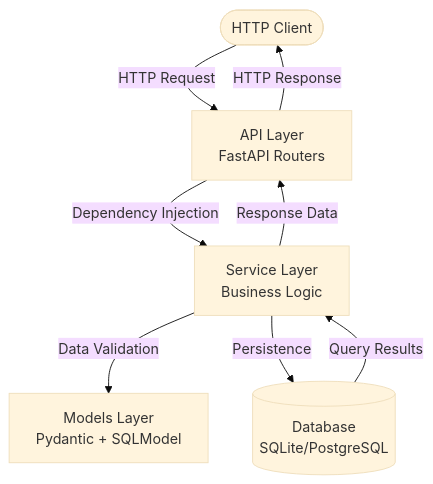
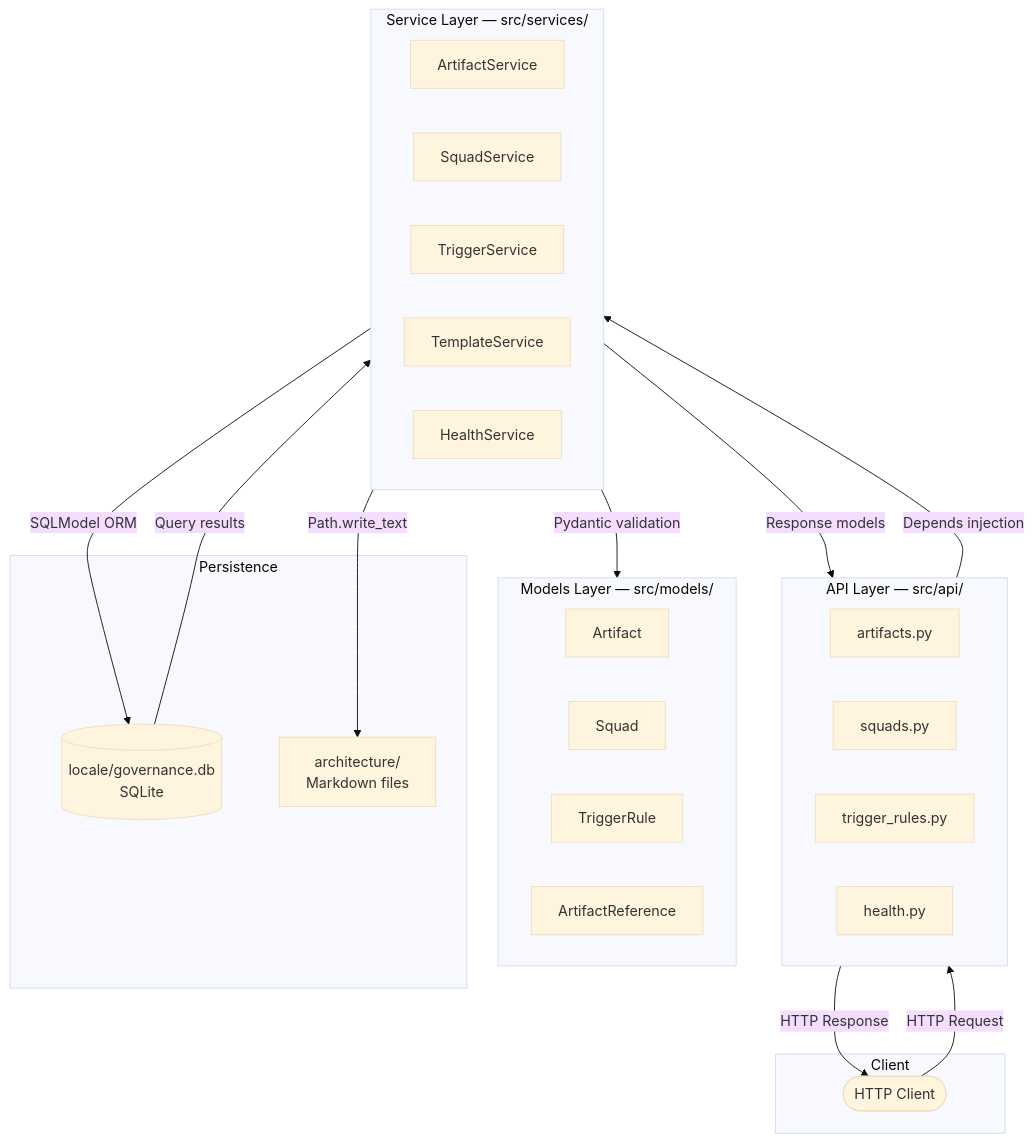
One commit to sophie-pyxis/adr_hub changed the first of 9 diagrams in README.md. Above: the diagram before and after it, drawn with Mermaid (base theme). The commit also changed other lines of this file, not shown here.

First line of the commit message:
Add comprehensive architectural README with Mermaid diagrams

````diff
--- a/README.md
+++ b/README.md
@@ -30,16 +32,42 @@
 ```mermaid
-flowchart TD
-    Client([HTTP Client])
-    API[API Layer<br/>FastAPI Routers]
-    Services[Service Layer<br/>Business Logic]
-    Models[Models Layer<br/>Pydantic + SQLModel]
-    Database[(Database<br/>SQLite/PostgreSQL)]
+flowchart TB
+    subgraph Client
+        HTTP([HTTP Client])
+    end
 
-    Client -->|HTTP Request| API
-    API -->|Dependency Injection| Services
-    Services -->|Data Validation| Models
-    Services -->|Persistence| Database
-    Database -->|Query Results| Services
-    Services -->|Response Data| API
-    API -->|HTTP Response| Client
+    subgraph API["API Layer — src/api/"]
+        A1[artifacts.py]
+        A2[squads.py]
+        A3[trigger_rules.py]
+        A4[health.py]
+    end
+
+    subgraph Services["Service Layer — src/services/"]
+        S1[ArtifactService]
+        S2[SquadService]
+        S3[TriggerService]
+        S4[TemplateService]
+        S5[HealthService]
+    end
+
+    subgraph Models["Models Layer — src/models/"]
+        M1[Artifact]
+        M2[Squad]
+        M3[TriggerRule]
+        M4[ArtifactReference]
+    end
+
+    subgraph Persistence
+        DB[(locale/governance.db<br/>SQLite)]
+        FS[architecture/<br/>Markdown files]
+    end
+
+    HTTP -->|HTTP Request| API
+    API -->|Depends injection| Services
+    Services -->|Pydantic validation| Models
+    Services -->|SQLModel ORM| DB
+    Services -->|Path.write_text| FS
+    DB -->|Query results| Services
+    Services -->|Response models| API
+    API -->|HTTP Response| HTTP
 ```
````
